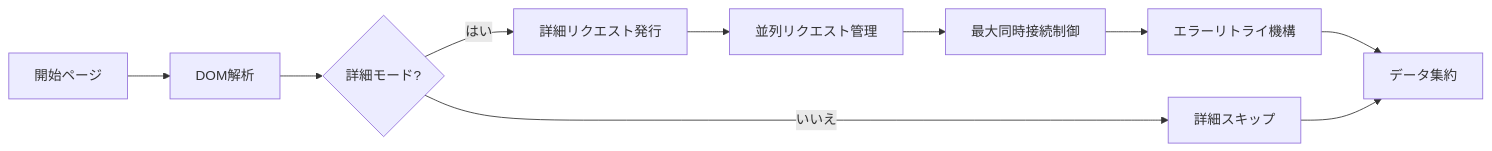
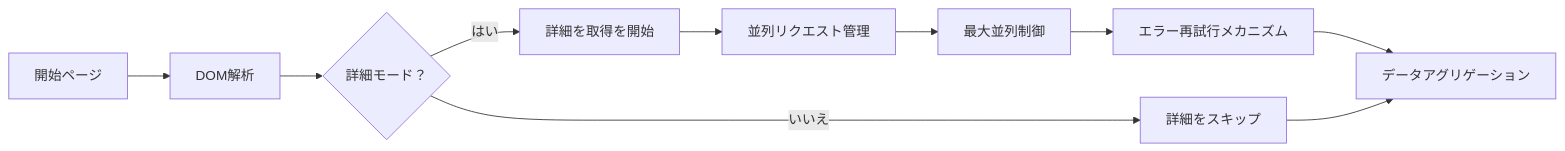
The second of 6 diagrams in README-JP.md (linyaocrush/DLsite-Purchase-Analyzer), drawn with Mermaid before and after one commit. The commit also changed other lines of this file, not shown here.

````diff
--- a/README-JP.md
+++ b/README-JP.md
@@ -161,12 +180,12 @@
 ```mermaid
 graph LR
     A[開始ページ] --> B[DOM解析]
-    B --> C{詳細モード?}
-    C -->|はい| D[詳細リクエスト発行]
-    C -->|いいえ| E[詳細スキップ]
+    B --> C{詳細モード？}
+    C -->|はい| D[詳細を取得を開始]
+    C -->|いいえ| E[詳細をスキップ]
     D --> F[並列リクエスト管理]
-    F --> G[最大同時接続制御]
-    G --> H[エラーリトライ機構]
-    H --> I[データ集約]
+    F --> G[最大並列制御]
+    G --> H[エラー再試行メカニズム]
+    H --> I[データアグリゲーション]
     E --> I
 ```
````
